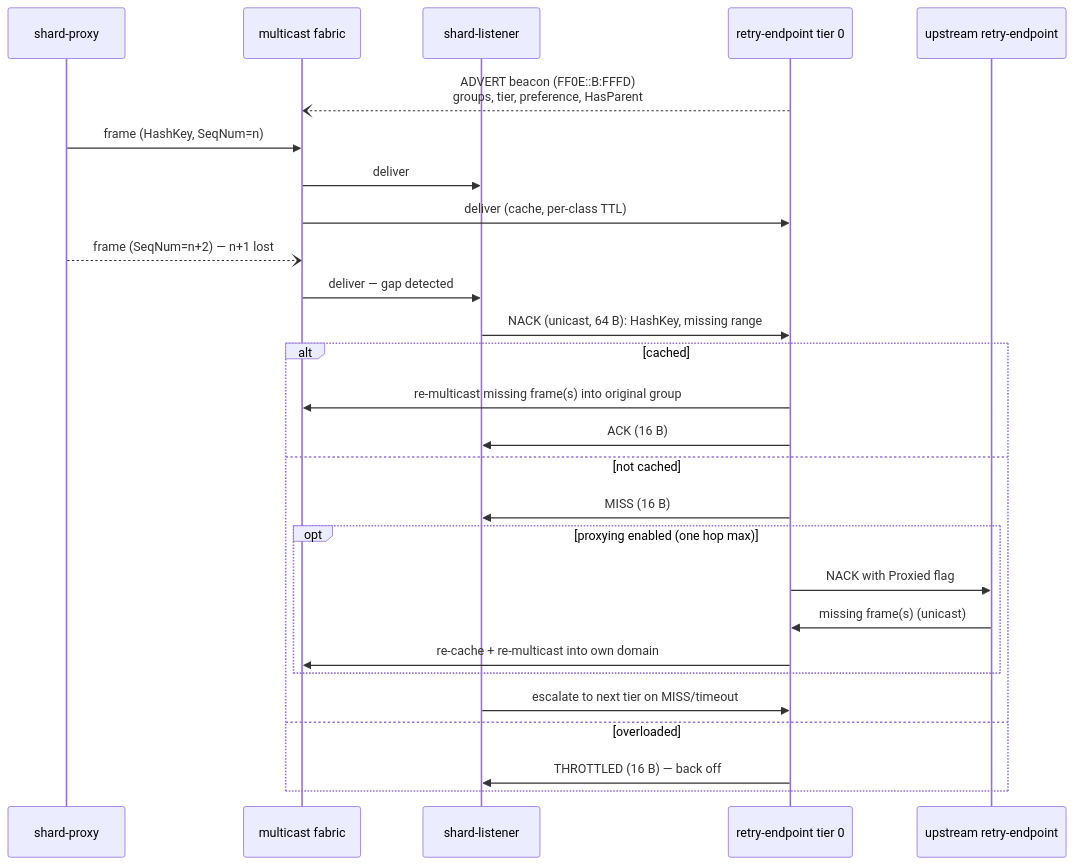
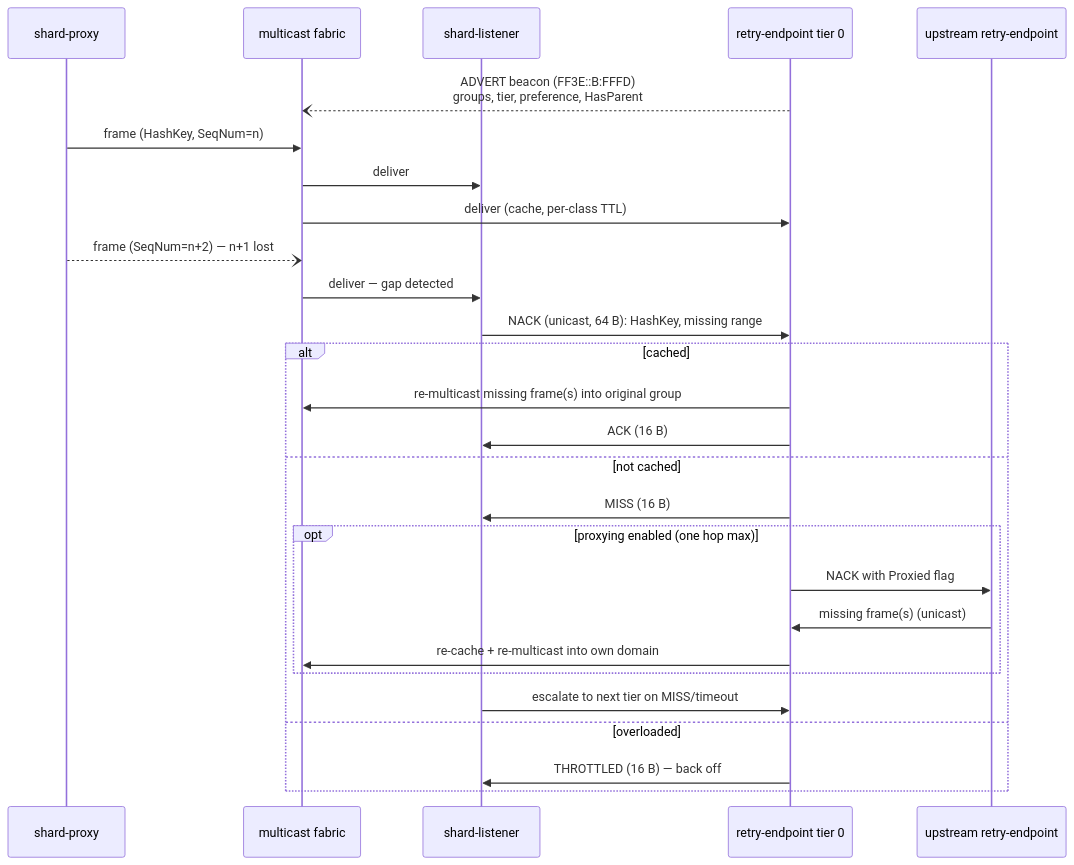
The third of 3 diagrams in diagrams/README.md (lightwebinc/bsv-multicast), drawn with Mermaid before and after one commit. The commit also changed other lines of this file and 6 other files, not shown here.

Commit message:
[Fix] doc audit: coinbase gap flow, shardBits=0, chart tables, icon

````diff
--- a/diagrams/README.md
+++ b/diagrams/README.md
@@ -106,30 +109,30 @@
 ```mermaid
 sequenceDiagram
     participant P as shard-proxy
     participant F as multicast fabric
     participant L as shard-listener
     participant R as retry-endpoint tier 0
     participant U as upstream retry-endpoint
 
-    R--)F: ADVERT beacon (FF0E::B:FFFD)<br/>groups, tier, preference, HasParent
+    R--)F: ADVERT beacon (FF3E::B:FFFD)<br/>groups, tier, preference, HasParent
     P->>F: frame (HashKey, SeqNum=n)
     F->>L: deliver
     F->>R: deliver (cache, per-class TTL)
     P--)F: frame (SeqNum=n+2) — n+1 lost
     F->>L: deliver — gap detected
     L->>R: NACK (unicast, 64 B): HashKey, missing range
     alt cached
         R->>F: re-multicast missing frame(s) into original group
         R->>L: ACK (16 B)
     else not cached
         R->>L: MISS (16 B)
         opt proxying enabled (one hop max)
         R->>U: NACK with Proxied flag
         U->>R: missing frame(s) (unicast)
         R->>F: re-cache + re-multicast into own domain
         end
         L->>R: escalate to next tier on MISS/timeout
     else overloaded
         R->>L: THROTTLED (16 B) — back off
     end
 ```
````
